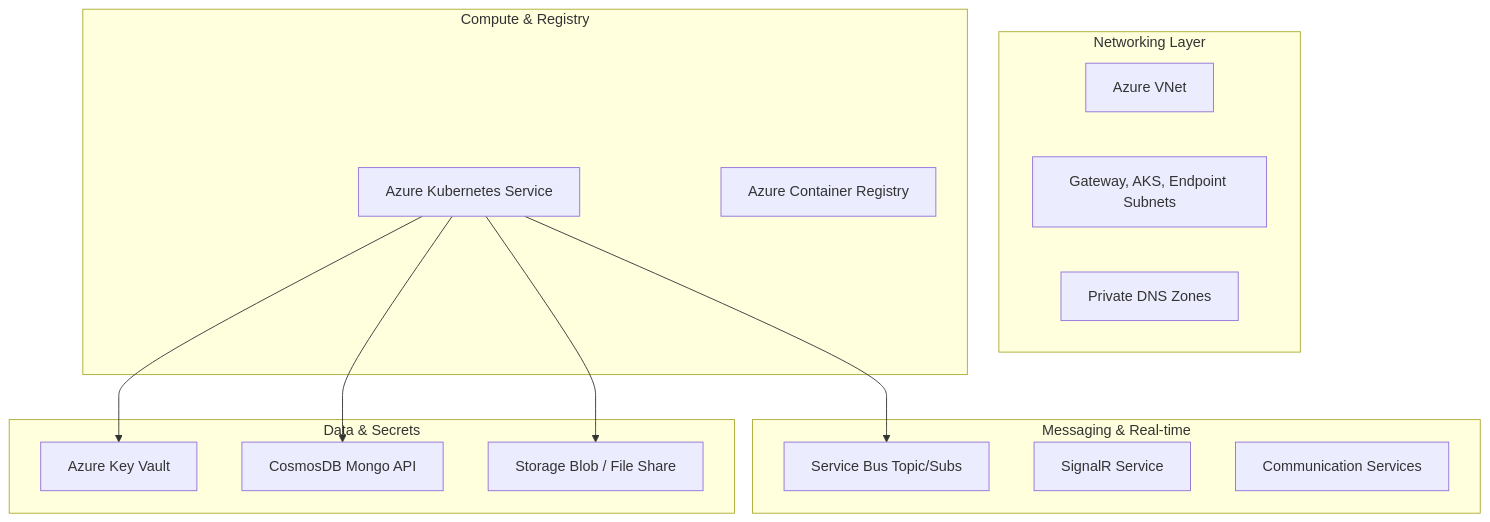
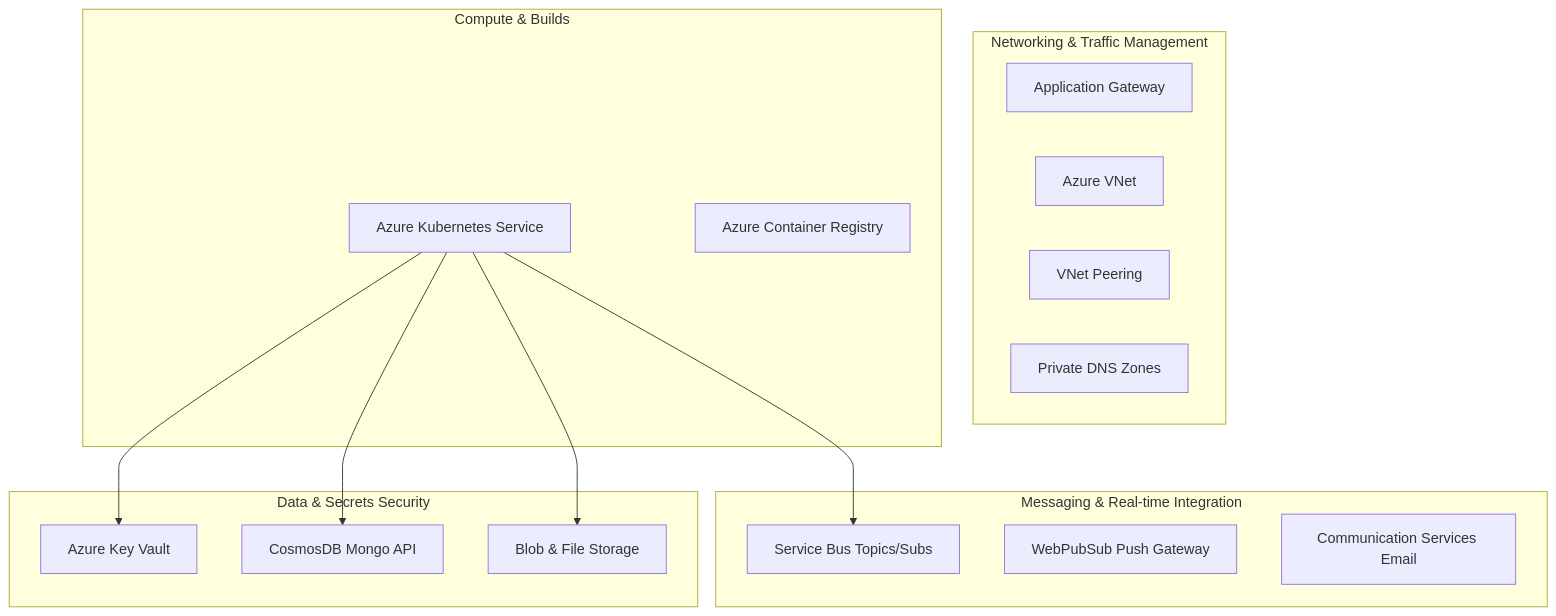
One commit to OrganiStation-org/terraform-project changed the diagram in README.md. Above: the diagram before and after it, drawn with Mermaid. The commit also changed other lines of this file and 8 other files, not shown here.

````diff
--- a/README.md
+++ b/README.md
@@ -11,30 +11,31 @@
 ```mermaid
 graph TD
-    subgraph "Networking Layer"
+    subgraph "Networking & Traffic Management"
+        AppGW[Application Gateway]
         VNet[Azure VNet]
-        Subnets[Gateway, AKS, Endpoint Subnets]
+        Peering[VNet Peering]
         PrvDNS[Private DNS Zones]
     end
 
-    subgraph "Compute & Registry"
+    subgraph "Compute & Builds"
         AKS[Azure Kubernetes Service]
         ACR[Azure Container Registry]
     end
 
-    subgraph "Messaging & Real-time"
-        SB[Service Bus Topic/Subs]
-        SR[SignalR Service]
-        ACS[Communication Services]
+    subgraph "Messaging & Real-time Integration"
+        SB[Service Bus Topics/Subs]
+        WPS[WebPubSub Push Gateway]
+        ACS[Communication Services Email]
     end
 
-    subgraph "Data & Secrets"
+    subgraph "Data & Secrets Security"
         KV[Azure Key Vault]
         CDB[CosmosDB Mongo API]
-        Store[Storage Blob / File Share]
+        Store[Blob & File Storage]
     end
 
     AKS --> SB
     AKS --> KV
     AKS --> Store
     AKS --> CDB
 ```
````
